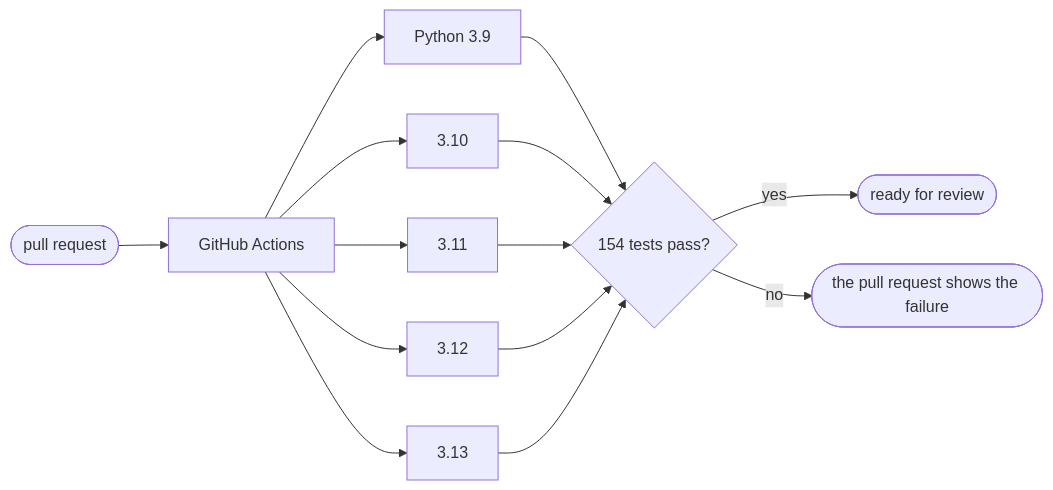
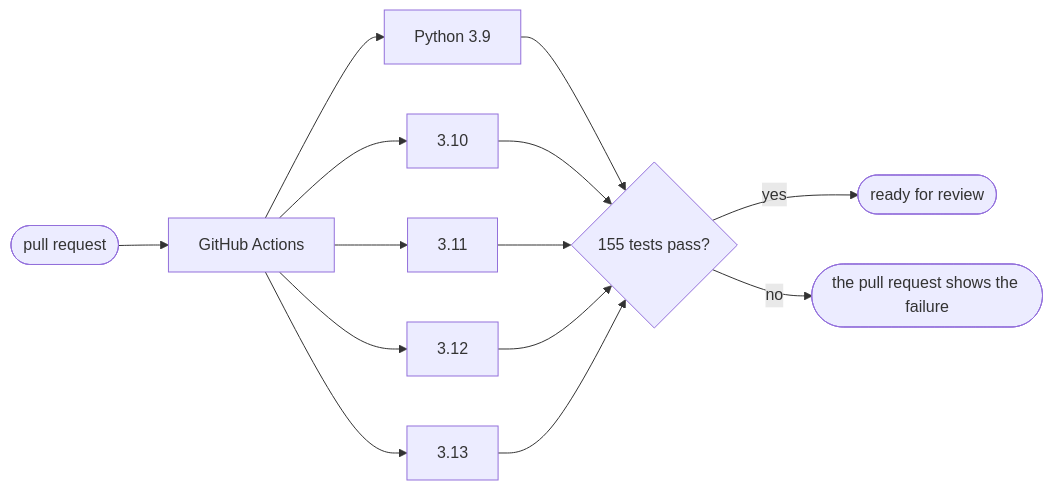
The first of 2 diagrams in higgsfield-director/tests/README.md (rniedson/higgsfield-director-pro-skill), drawn with Mermaid before and after one commit. The commit also changed other lines of this file and 8 other files, not shown here.

````diff
--- a/higgsfield-director/tests/README.md
+++ b/higgsfield-director/tests/README.md
@@ -10,8 +10,8 @@
 ```mermaid
 flowchart LR
     PR([pull request]) --> CI[GitHub Actions]
     CI --> P39[Python 3.9] & P310[3.10] & P311[3.11] & P312[3.12] & P313[3.13]
-    P39 & P310 & P311 & P312 & P313 --> OK{154 tests pass?}
+    P39 & P310 & P311 & P312 & P313 --> OK{155 tests pass?}
     OK -- yes --> M([ready for review])
     OK -- no --> F([the pull request shows the failure])
 ```
````
